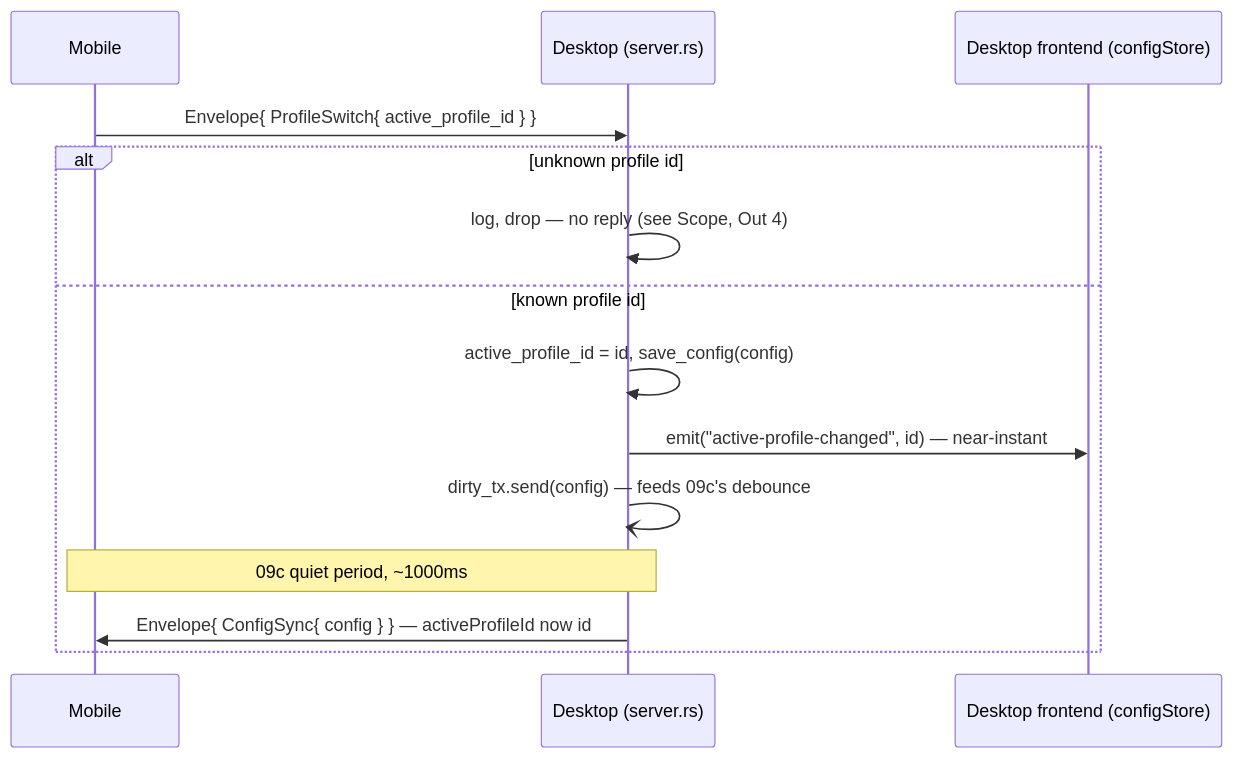
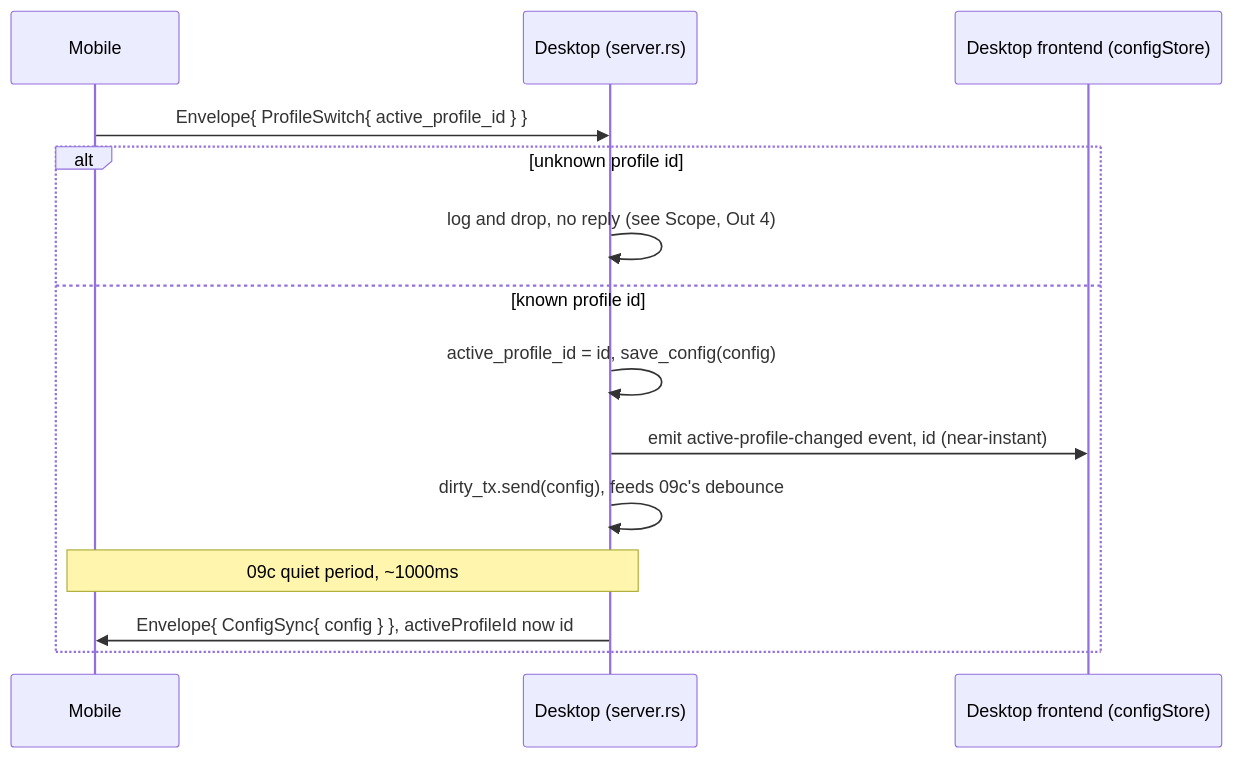
One commit to hk0i/buttons changed the diagram in docs/slices/10. Profile Switch.spec.md. Above: the diagram before and after it, drawn with Mermaid. The commit also changed other lines of this file, not shown here.

Commit message:
[10][profile_switch][docs] docs: strip remaining unproven mermaid tokens, flag Swift snippet for pending boilerplate sweep

````diff
--- a/docs/slices/10. Profile Switch.spec.md
+++ b/docs/slices/10. Profile Switch.spec.md
@@ -150,16 +150,16 @@
 ```mermaid
 sequenceDiagram
   participant M as Mobile
   participant D as Desktop (server.rs)
   participant F as Desktop frontend (configStore)
   M->>D: Envelope{ ProfileSwitch{ active_profile_id } }
   alt unknown profile id
-    D->>D: log, drop — no reply (see Scope, Out 4)
+    D->>D: log and drop, no reply (see Scope, Out 4)
   else known profile id
     D->>D: active_profile_id = id, save_config(config)
-    D->>F: emit("active-profile-changed", id) — near-instant
-    D-)D: dirty_tx.send(config) — feeds 09c's debounce
+    D->>F: emit active-profile-changed event, id (near-instant)
+    D->>D: dirty_tx.send(config), feeds 09c's debounce
     Note over D,M: 09c quiet period, ~1000ms
-    D->>M: Envelope{ ConfigSync{ config } } — activeProfileId now id
+    D->>M: Envelope{ ConfigSync{ config } }, activeProfileId now id
   end
 ```
````
